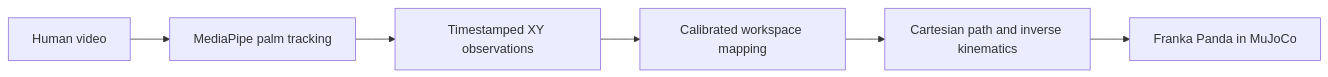
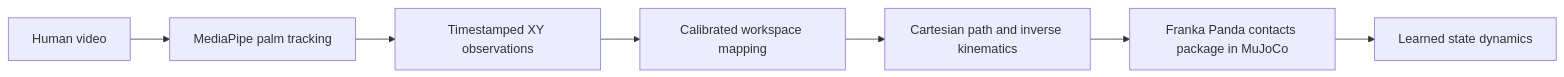
The diagram in README.md (yahiag04/MORPH), drawn with Mermaid before and after one commit. The commit also changed other lines of this file and 4 other files, not shown here.

````diff
--- a/README.md
+++ b/README.md
@@ -19,8 +19,9 @@
 ```mermaid
 flowchart LR
     V[Human video] --> P[MediaPipe palm tracking]
     P --> T[Timestamped XY observations]
     T --> R[Calibrated workspace mapping]
     R --> I[Cartesian path and inverse kinematics]
-    I --> F[Franka Panda in MuJoCo]
+    I --> F[Franka Panda contacts package in MuJoCo]
+    F --> W[Learned state dynamics]
 ```
````
